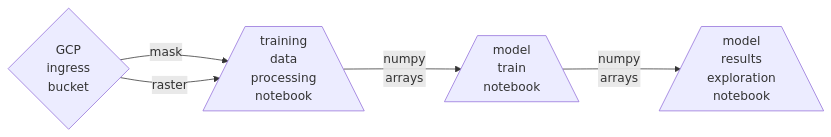
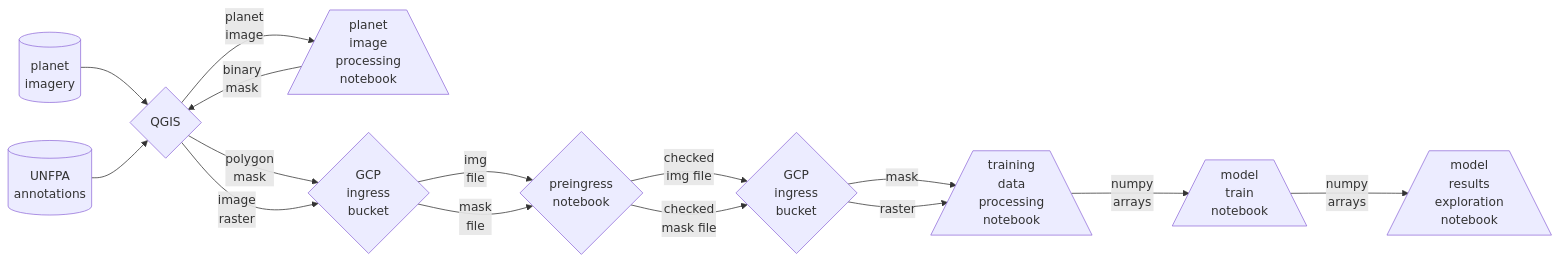
The diagram in README.md (datasciencecampus/somalia_census_support_public_application), drawn with Mermaid before and after one commit. The commit also changed other lines of this file, not shown here.

Commit message:
Update README.md
Combined previous workflows into one now

````diff
--- a/README.md
+++ b/README.md
@@ -45,8 +26,18 @@
 ```mermaid
 flowchart LR
-    id1{GCP<br>ingress<br>bucket}-->|mask|id2[/training<br>data<br>processing<br>notebook\]
-    id1{GCP<br>ingress<br>bucket}-->|raster|id2[/training<br>data<br>processing<br>notebook\]
-    id2[/training<br>data<br>processing<br>notebook\]-->|numpy<br>arrays|id3[/model<br>train<br>notebook\]
-    id3[/model<br>train<br>notebook\]-->|numpy<br>arrays|id4[/model<br>results<br>exploration<br>notebook\]
+    id1[(planet<br>imagery)]-->id3{QGIS}
+    id2[(UNFPA<br>annotations)] -->id3{QGIS}
+    id3{QGIS}-->|planet<br>image|id4[/planet<br>image<br>processing<br>notebook\]
+    id4[/planet<br>image<br>processing<br>notebook\]-->|binary<br>mask|id3{QGIS}
+    id3{QGIS}-->|polygon<br>mask|id5{GCP<br>ingress<br>bucket}
+    id3{QGIS}-->|image<br>raster|id5{GCP<br>ingress<br>bucket}
+    id5{GCP<br>ingress<br>bucket}-->|img<br>file|id6{preingress<br>notebook}
+    id5{GCP<br>ingress<br>bucket}-->|mask<br>file|id6{preingress<br>notebook}
+    id6{preingress<br>notebook}-->|checked<br>img file|id7{GCP<br>ingress<br>bucket}
+    id6{preingress<br>notebook}-->|checked<br>mask file|id7{GCP<br>ingress<br>bucket}
+    id7{GCP<br>ingress<br>bucket}-->|mask|id8[/training<br>data<br>processing<br>notebook\]
+    id7{GCP<br>ingress<br>bucket}-->|raster|id8[/training<br>data<br>processing<br>notebook\]
+    id8[/training<br>data<br>processing<br>notebook\]-->|numpy<br>arrays|id9[/model<br>train<br>notebook\]
+    id9[/model<br>train<br>notebook\]-->|numpy<br>arrays|id10[/model<br>results<br>exploration<br>notebook\]
 
 ```
````
